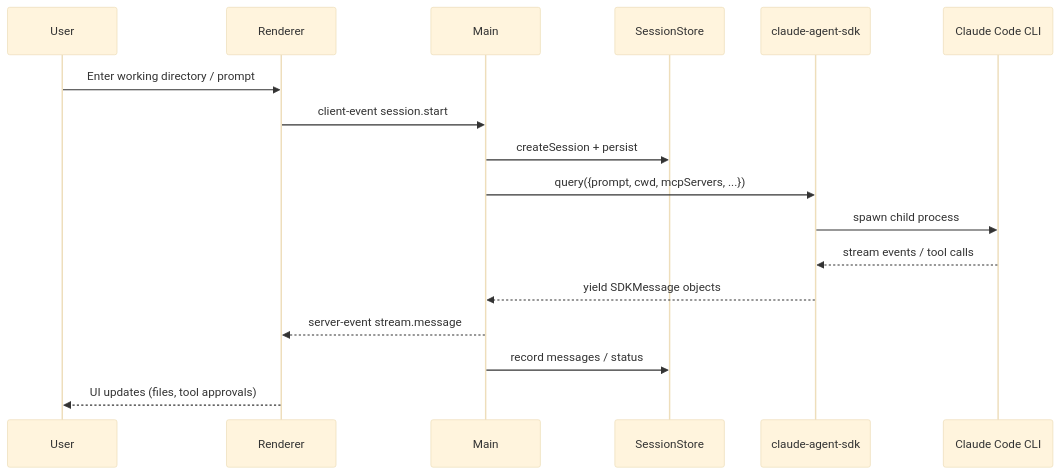
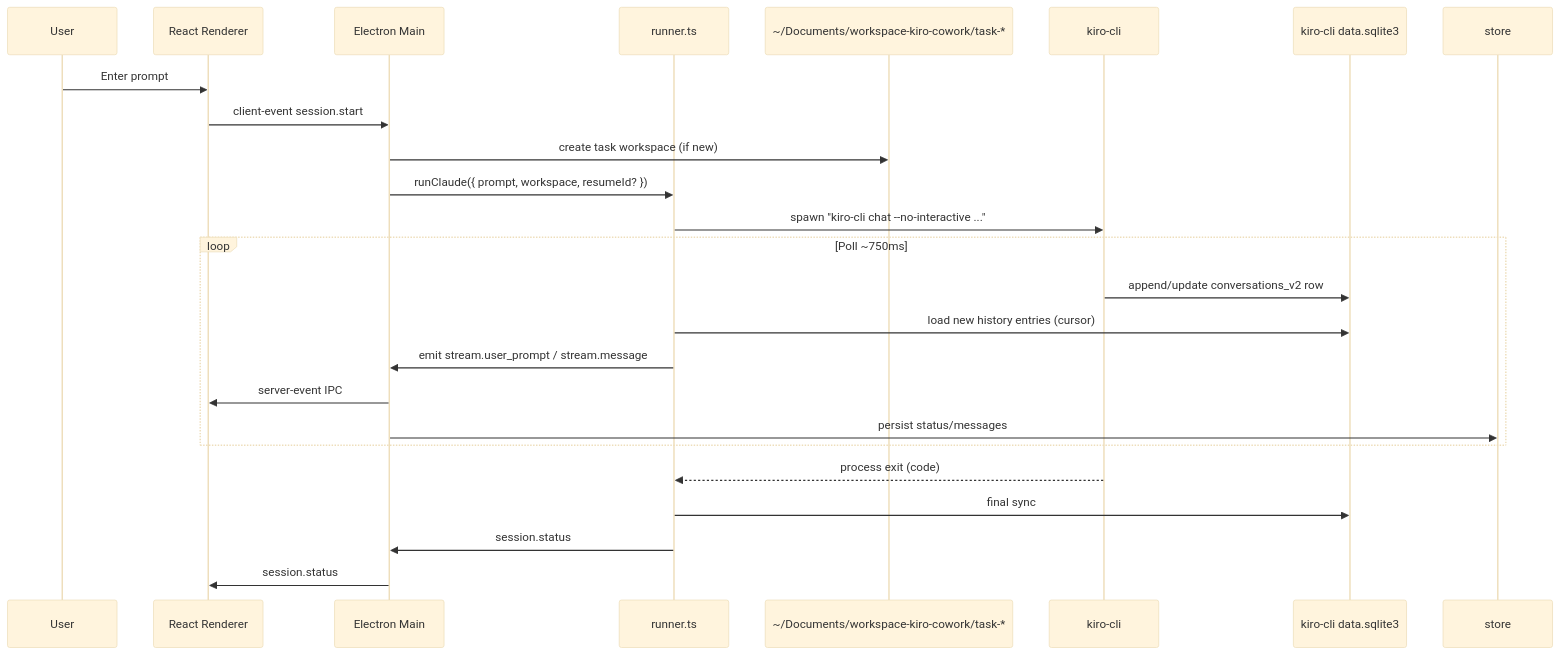
The third of 5 diagrams in docs/ARCHITECTURE.md (xrusjohn/sample-kiro-assistant), drawn with Mermaid (base theme) before and after one commit. The commit also changed other lines of this file and 42 other files, not shown here.

````diff
--- a/docs/ARCHITECTURE.md
+++ b/docs/ARCHITECTURE.md
@@ -40,20 +82,27 @@
 ```mermaid
 sequenceDiagram
     participant User
-    participant Renderer
-    participant Main
-    participant SessionStore
-    participant SDK as claude-agent-sdk
-    participant CLI as Claude Code CLI
+    participant Renderer as React Renderer
+    participant Main as Electron Main
+    participant Runner as runner.ts
+    participant Workspace as ~/Documents/workspace-kiro-cowork/task-*
+    participant CLI as kiro-cli
+    participant DB as kiro-cli data.sqlite3
 
-    User->>Renderer: Enter working directory / prompt
+    User->>Renderer: Enter prompt
     Renderer->>Main: client-event session.start
-    Main->>SessionStore: createSession + persist
-    Main->>SDK: query({prompt, cwd, mcpServers, ...})
-    SDK->>CLI: spawn child process
-    CLI-->>SDK: stream events / tool calls
-    SDK-->>Main: yield SDKMessage objects
-    Main-->>Renderer: server-event stream.message
-    Main->>SessionStore: record messages / status
-    Renderer-->>User: UI updates (files, tool approvals)
+    Main->>Workspace: create task workspace (if new)
+    Main->>Runner: runClaude({ prompt, workspace, resumeId? })
+    Runner->>CLI: spawn "kiro-cli chat --no-interactive ..."
+    loop Poll ~750ms
+        CLI->>DB: append/update conversations_v2 row
+        Runner->>DB: load new history entries (cursor)
+        Runner->>Main: emit stream.user_prompt / stream.message
+        Main->>Renderer: server-event IPC
+        Main->>store: persist status/messages
+    end
+    CLI-->>Runner: process exit (code)
+    Runner->>DB: final sync
+    Runner->>Main: session.status
+    Main->>Renderer: session.status
 ```
````
